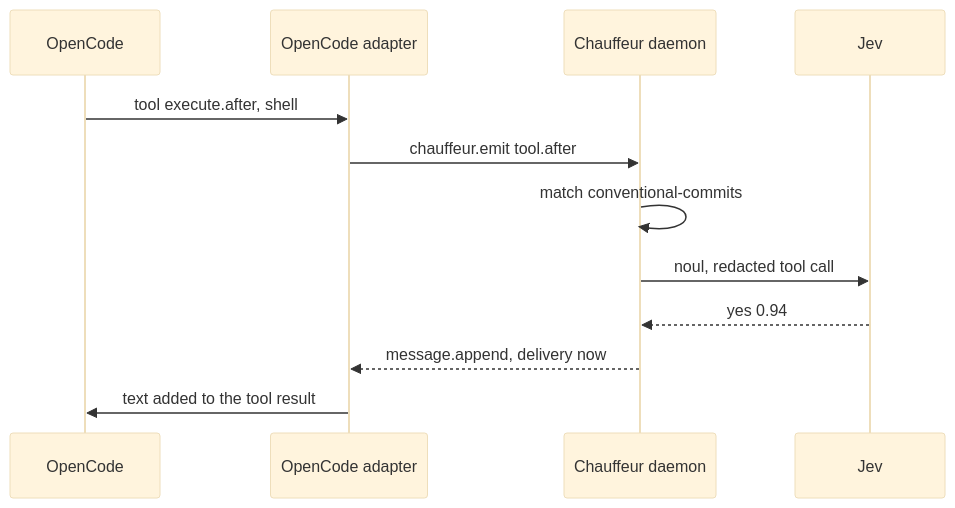
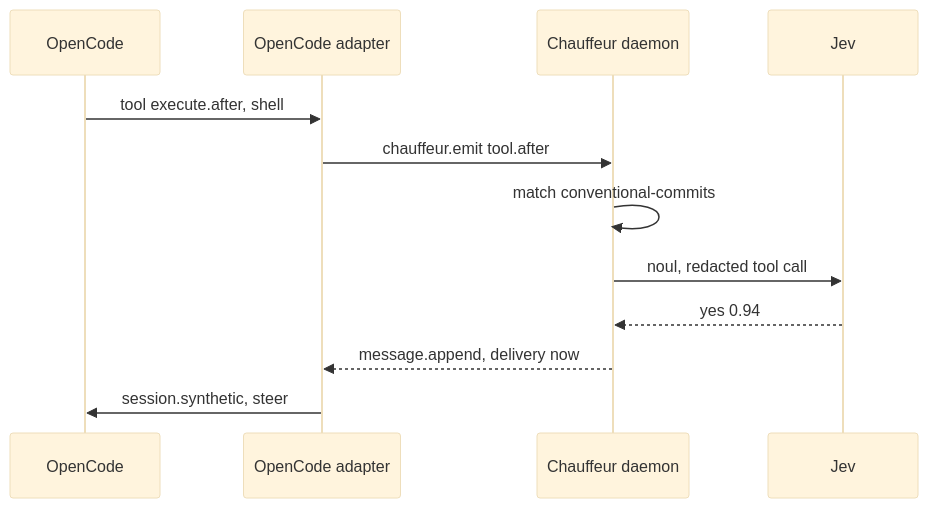
One commit to StevenJPx2/chauffeur changed the diagram in docs/plans/slices/slice-1.md. Above: the diagram before and after it, drawn with Mermaid (base theme). The commit also changed other lines of this file and 13 other files, not shown here.

````diff
--- a/docs/plans/slices/slice-1.md
+++ b/docs/plans/slices/slice-1.md
@@ -10,14 +16,14 @@
 ```mermaid
 sequenceDiagram
     participant O as OpenCode
     participant A as OpenCode adapter
     participant D as Chauffeur daemon
     participant J as Jev
     O->>A: tool execute.after, shell
     A->>D: chauffeur.emit tool.after
     D->>D: match conventional-commits
     D->>J: noul, redacted tool call
     J-->>D: yes 0.94
     D-->>A: message.append, delivery now
-    A->>O: text added to the tool result
+    A->>O: session.synthetic, steer
 ```
````
